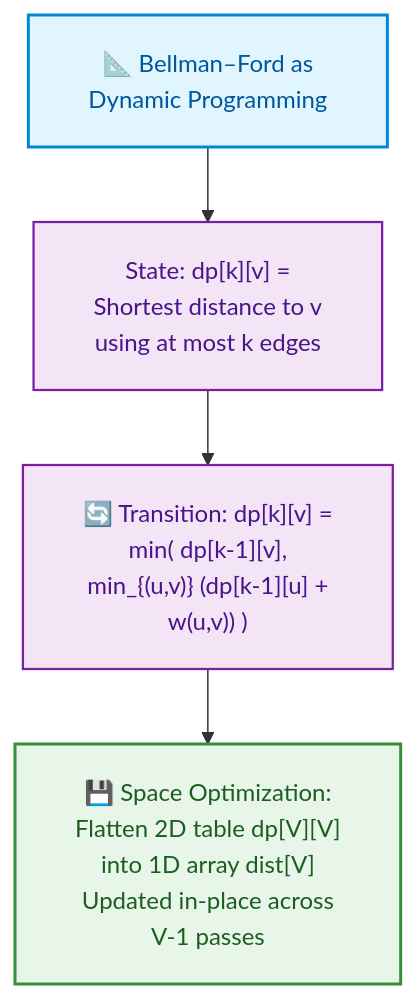
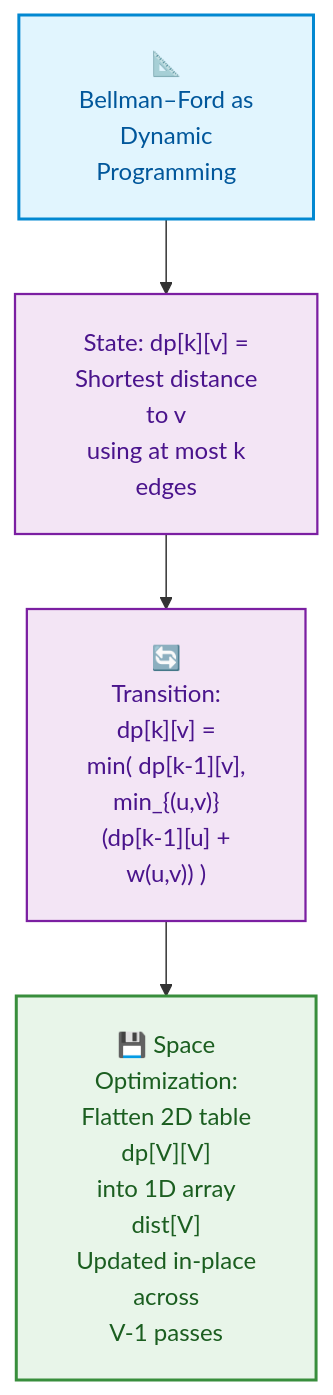
One commit to dip4k/DSA_102 changed the fifth of 15 diagrams in week_09_graph_algorithms_i/Week_09_Visual_Concepts_Playbook_HYBRID.md. Above: the diagram before and after it, drawn with Mermaid. The commit also changed other lines of this file and 106 other files, not shown here.

First line of the commit message:
fix(mermaid): prevent text clipping with foreignObject overflow and tighter line wrapping

````diff
--- a/week_09_graph_algorithms_i/Week_09_Visual_Concepts_Playbook_HYBRID.md
+++ b/week_09_graph_algorithms_i/Week_09_Visual_Concepts_Playbook_HYBRID.md
@@ -220,12 +220,12 @@
 ```mermaid
-%%{init: {"flowchart": {"htmlLabels": true, "padding": 20}}}%%
+%%{init: {"flowchart": {"htmlLabels": true, "padding": 20}, "themeCSS": "foreignObject { overflow: visible !important; }"}}%%
 flowchart TD
     classDef dp fill:#e1f5fe,stroke:#0288d1,color:#01579b,stroke-width:2px;
     classDef step fill:#f3e5f5,stroke:#7b1fa2,color:#4a148c,stroke-width:1.5px;
     classDef opt fill:#e8f5e9,stroke:#388e3c,color:#1b5e20,stroke-width:2px;
 
-    R["📐 Bellman–Ford as<br/>Dynamic Programming"]:::dp
-    R --> S["State: dp[k][v] =<br/>Shortest distance to v<br/>using at most k edges"]:::step
-    S --> Rec["🔄 Transition: dp[k][v] =<br/>min( dp[k-1][v],<br/>min_{(u,v)} (dp[k-1][u] +<br/>w(u,v)) )"]:::step
-    Rec --> Opt["💾 Space Optimization:<br/>Flatten 2D table dp[V][V]<br/>into 1D array dist[V]<br/>Updated in-place across<br/>V-1 passes"]:::opt
+    R["📐<br/>Bellman–Ford as<br/>Dynamic<br/>Programming"]:::dp
+    R --> S["State: dp[k][v] =<br/>Shortest distance<br/>to v<br/>using at most k<br/>edges"]:::step
+    S --> Rec["🔄<br/>Transition:<br/>dp[k][v] =<br/>min( dp[k-1][v],<br/>min_{(u,v)}<br/>(dp[k-1][u] +<br/>w(u,v)) )"]:::step
+    Rec --> Opt["💾 Space<br/>Optimization:<br/>Flatten 2D table<br/>dp[V][V]<br/>into 1D array<br/>dist[V]<br/>Updated in-place<br/>across<br/>V-1 passes"]:::opt
 ```
````
